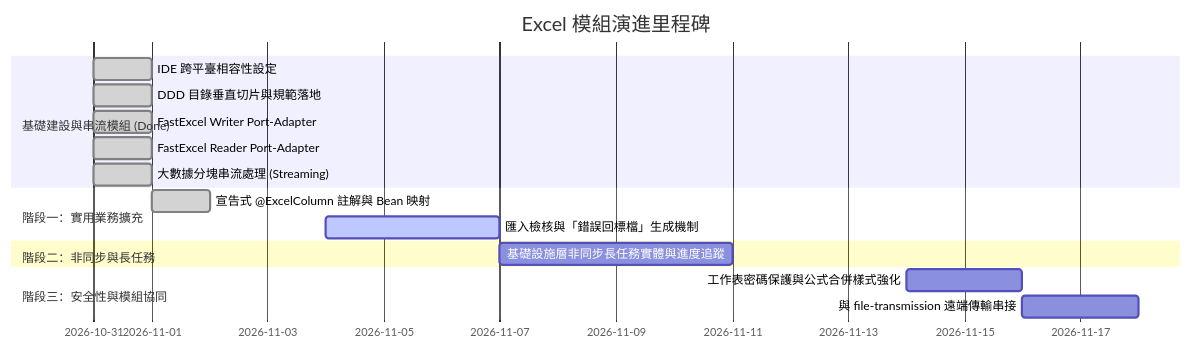
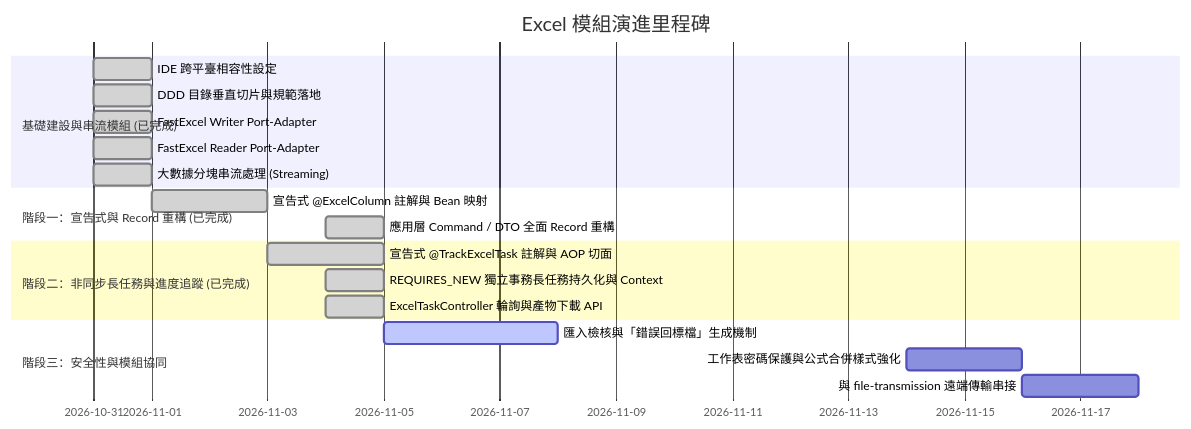
The second of 2 diagrams in doc/design/README.md (nick54785478/excel-module), drawn with Mermaid before and after one commit. The commit also changed other lines of this file and 4 other files, not shown here.

Commit message:
docs: update architectural design, test guides, OpenAPI spec and Postman collection

````diff
--- a/doc/design/README.md
+++ b/doc/design/README.md
@@ -223,22 +237,25 @@
 ```mermaid
 gantt
     title Excel 模組演進里程碑
     dateFormat  YYYY-MM-DD
-    section 基礎建設與串流模組 (Done)
+    section 基礎建設與串流模組 (已完成)
     IDE 跨平臺相容性設定           :done, 2026-10-31, 1d
     DDD 目錄垂直切片與規範落地       :done, 2026-10-31, 1d
     FastExcel Writer Port-Adapter  :done, 2026-10-31, 1d
     FastExcel Reader Port-Adapter  :done, 2026-10-31, 1d
     大數據分塊串流處理 (Streaming)  :done, 2026-10-31, 1d
     
-    section 階段一：實用業務擴充
-    宣告式 @ExcelColumn 註解與 Bean 映射 :done, 2026-11-01, 1d
-    匯入檢核與「錯誤回標檔」生成機制       :active, 2026-11-04, 3d
+    section 階段一：宣告式與 Record 重構 (已完成)
+    宣告式 @ExcelColumn 註解與 Bean 映射 :done, 2026-11-01, 2d
+    應用層 Command / DTO 全面 Record 重構 :done, 2026-11-04, 1d
     
-    section 階段二：非同步與長任務
-    基礎設施層非同步長任務實體與進度追蹤 :2026-11-07, 4d
+    section 階段二：非同步長任務與進度追蹤 (已完成)
+    宣告式 @TrackExcelTask 註解與 AOP 切面 :done, 2026-11-03, 2d
+    REQUIRES_NEW 獨立事務長任務持久化與 Context :done, 2026-11-04, 1d
+    ExcelTaskController 輪詢與產物下載 API :done, 2026-11-04, 1d
     
     section 階段三：安全性與模組協同
+    匯入檢核與「錯誤回標檔」生成機制       :active, 2026-11-05, 3d
     工作表密碼保護與公式合併樣式強化       :2026-11-14, 2d
     與 file-transmission 遠端傳輸串接   :2026-11-16, 2d
 ```
````
